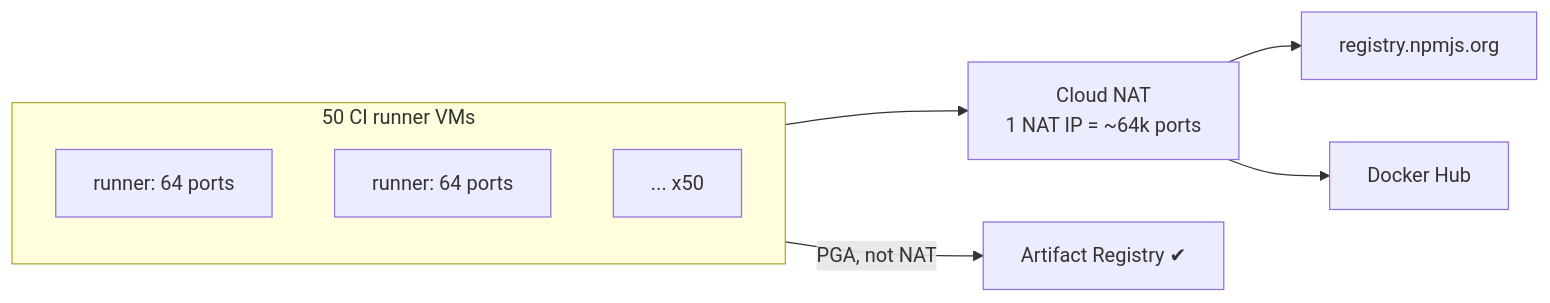
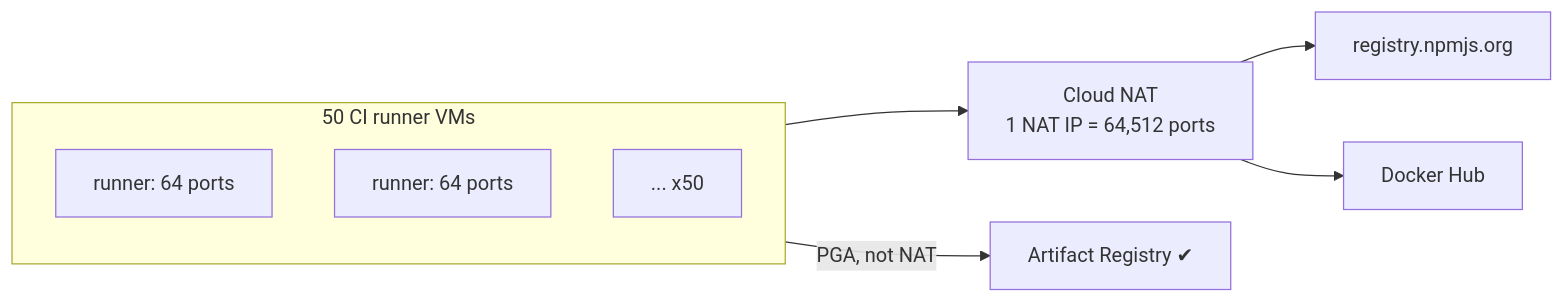
Before and after one commit to Tahax09/network-cloud-engineering-path: diagram 11 of 13 in wiki/scenarios/gcp/GS01 - Private Connectivity Scenarios.md, drawn with Mermaid. The commit also changed other lines of this file and 16 other files, not shown here.

````diff
--- a/wiki/scenarios/gcp/GS01 - Private Connectivity Scenarios.md
+++ b/wiki/scenarios/gcp/GS01 - Private Connectivity Scenarios.md
@@ -364,12 +364,12 @@
 ```mermaid
 flowchart LR
     subgraph RUN["50 CI runner VMs"]
         R1["runner: 64 ports"]
         R2["runner: 64 ports"]
         R3["... x50"]
     end
-    RUN --> NAT["Cloud NAT<br/>1 NAT IP = ~64k ports"]
+    RUN --> NAT["Cloud NAT<br/>1 NAT IP = 64,512 ports"]
     NAT --> NPM["registry.npmjs.org"]
     NAT --> DH["Docker Hub"]
     RUN -->|"PGA, not NAT"| AR["Artifact Registry ✔"]
 ```
````
